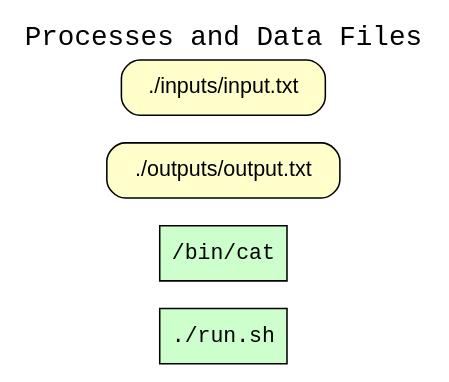
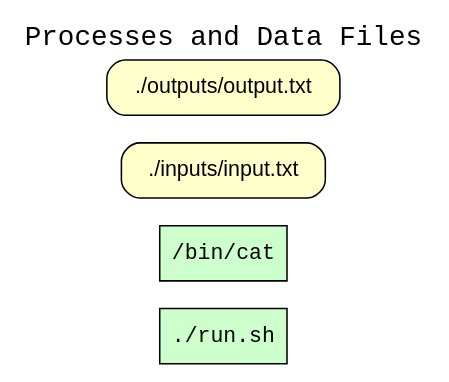
One commit to CIRSS/cpr changed the diagram in examples/05-cat-file-to-file/graphs/wt_processes_and_data_files.dot. Above: the diagram before and after it, drawn with Graphviz. The commit also changed other lines of this file and 17 other files, not shown here.

```diff
--- a/examples/05-cat-file-to-file/graphs/wt_processes_and_data_files.dot
+++ b/examples/05-cat-file-to-file/graphs/wt_processes_and_data_files.dot
@@ -1,12 +1,12 @@
 
 digraph wt_run {
 rankdir=LR
 fontname=Courier; fontsize=18; labelloc=t
 label="Processes and Data Files"
 node[shape=box style="filled" fillcolor="#CCFFCC" peripheries=1 fontname=Courier]
 "exe:e1" [label="./run.sh"]
 "exe:e2" [label="/bin/cat"]
 node[shape=box style="rounded,filled" fillcolor="#FFFFCC" peripheries=1 fontname=Helvetica]
+"access:i18" [label="./inputs/input.txt"]
 "access:i10" [label="./outputs/output.txt"]
-"access:i18" [label="./inputs/input.txt"]
 }
```
